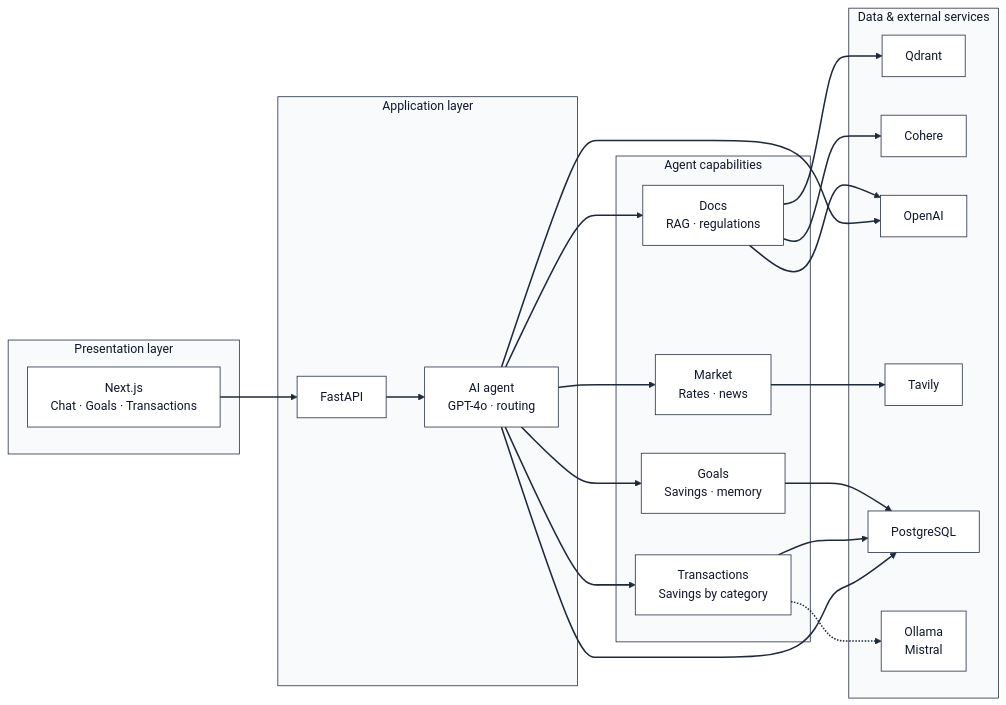
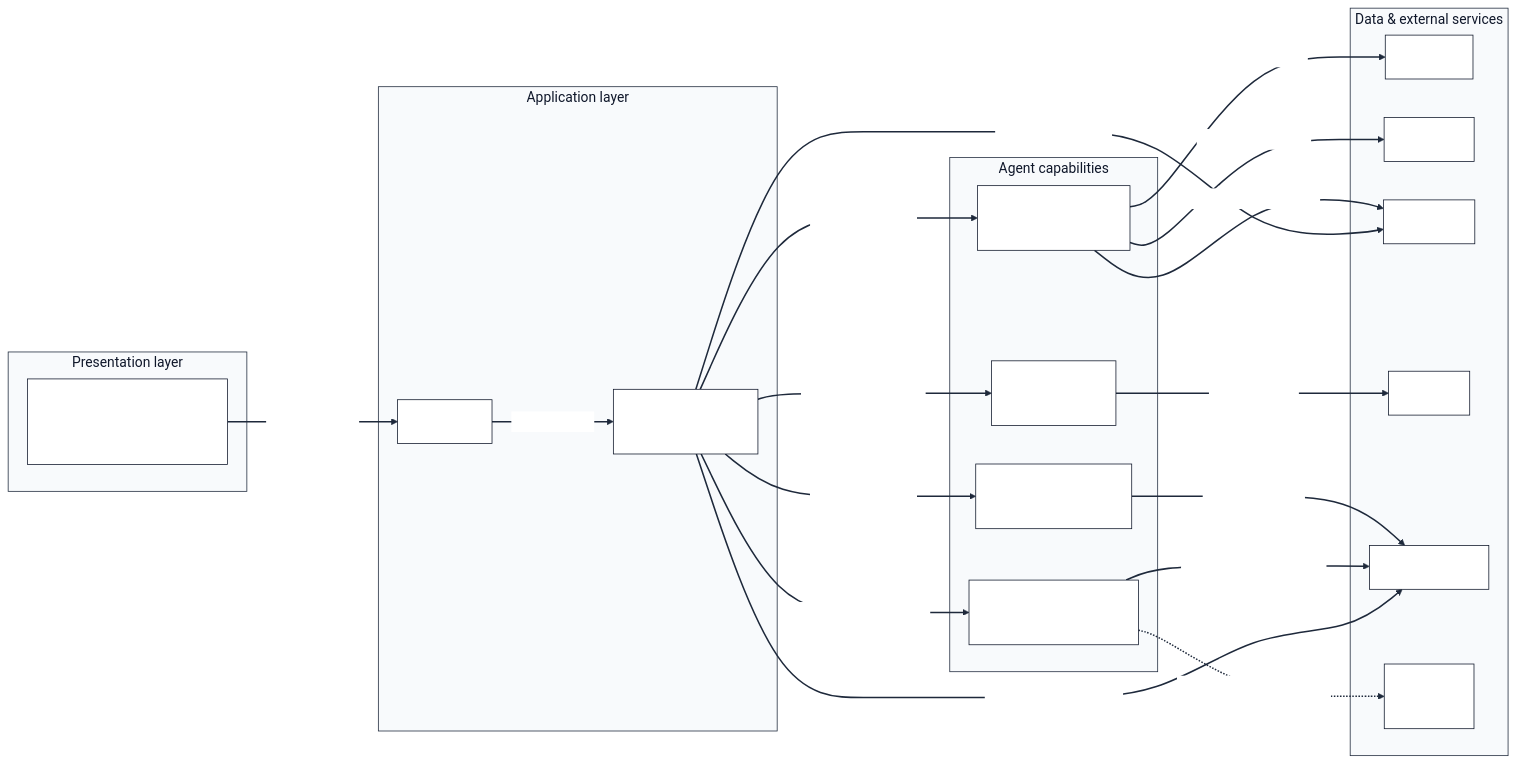
The diagram in deliverables/CERTIFICATION_DELIVERABLES.md (adrian-barcan/AIE9-Certification-Challenge), drawn with Mermaid before and after one commit. The commit also changed 15 other files, not shown here.

````diff
--- a/deliverables/CERTIFICATION_DELIVERABLES.md
+++ b/deliverables/CERTIFICATION_DELIVERABLES.md
@@ -55,55 +55,55 @@
 ```mermaid
 %%{init: {'theme':'base', 'themeVariables': {
-  'primaryColor':'#fff', 'primaryTextColor':'#0f172a', 'primaryBorderColor':'#1e293b',
-  'secondaryColor':'#f8fafc', 'secondaryTextColor':'#0f172a', 'secondaryBorderColor':'#1e293b',
-  'tertiaryColor':'#f1f5f9', 'tertiaryTextColor':'#0f172a', 'tertiaryBorderColor':'#1e293b',
+  'primaryColor':'#1e293b', 'primaryTextColor':'#ffffff', 'primaryBorderColor':'#0f172a',
+  'secondaryColor':'#334155', 'secondaryTextColor':'#ffffff', 'secondaryBorderColor':'#0f172a',
+  'tertiaryColor':'#475569', 'tertiaryTextColor':'#ffffff', 'tertiaryBorderColor':'#0f172a',
   'lineColor':'#1e293b', 'secondaryLineColor':'#1e293b',
   'background':'#ffffff', 'mainBkg':'#ffffff', 'secondBkg':'#f8fafc', 'tertiaryBkg':'#f1f5f9',
   'clusterBkg':'#f8fafc', 'clusterBorder':'#1e293b', 'titleColor':'#0f172a',
-  'edgeLabelBackground':'#ffffff', 'nodeBorder':'#1e293b', 'nodeTextColor':'#0f172a',
-  'fontSize':'16px'
+  'edgeLabelBackground':'#ffffff', 'nodeBorder':'#0f172a', 'nodeTextColor':'#ffffff',
+  'fontSize':'18px'
 }}}%%
 flowchart LR
     subgraph Presentation ["Presentation layer"]
         WebApp["Next.js<br/>Chat · Goals · Transactions"]
     end
 
     subgraph Application ["Application layer"]
         Backend["FastAPI"]
         Agent["AI agent<br/>GPT-4o · routing"]
     end
 
     subgraph Capabilities ["Agent capabilities"]
         Docs["Docs<br/>RAG · regulations"]
         Market["Market<br/>Rates · news"]
         Goals["Goals<br/>Savings · memory"]
         Transactions["Transactions<br/>Savings by category"]
     end
 
     subgraph Data ["Data & external services"]
         Qdrant["Qdrant"]
         Cohere["Cohere"]
         OpenAI["OpenAI"]
         Tavily["Tavily"]
         Postgres["PostgreSQL"]
         Ollama["Ollama<br/>Mistral"]
     end
 
-    WebApp --> Backend
-    Backend --> Agent
-    Agent --> Docs
-    Agent --> Market
-    Agent --> Goals
-    Agent --> Transactions
-    Docs --> Qdrant
-    Docs --> Cohere
-    Docs --> OpenAI
-    Market --> Tavily
-    Goals --> Postgres
-    Transactions --> Postgres
-    Transactions -.-> Ollama
-    Agent --> OpenAI
-    Agent --> Postgres
+    WebApp -->|"1. User request"| Backend
+    Backend -->|"2. Route to AI"| Agent
+    Agent -->|"3.1 Docs retrieval"| Docs
+    Agent -->|"3.2 Live market data"| Market
+    Agent -->|"3.3 Goals actions"| Goals
+    Agent -->|"3.4 Spending analysis"| Transactions
+    Docs -->|"4.1 Vector search"| Qdrant
+    Docs -->|"4.2 Rerank context"| Cohere
+    Docs -->|"4.3 Embeddings/LLM"| OpenAI
+    Market -->|"4.4 Search API"| Tavily
+    Goals -->|"4.5 Persist goals"| Postgres
+    Transactions -->|"4.6 Persist transactions"| Postgres
+    Transactions -.->|"4.7 Optional categorization"| Ollama
+    Agent -->|"5. Final completion"| OpenAI
+    Agent -->|"6. Memory + user data"| Postgres
 
     linkStyle 0,1,2,3,4,5,6,7,8,9,10,11,12,13,14 stroke:#1e293b,stroke-width:2px
 ```
````
